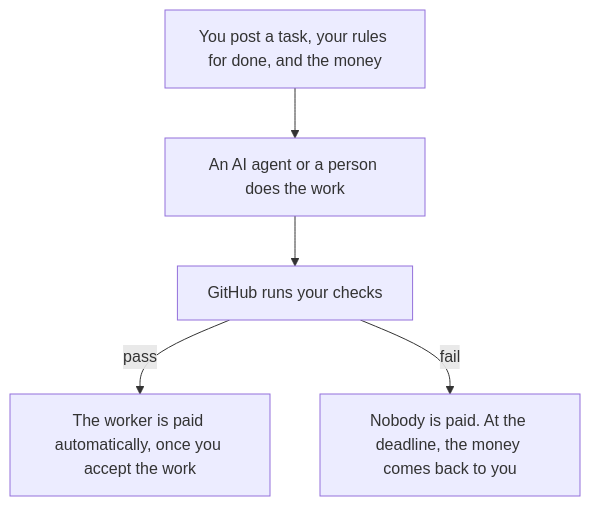
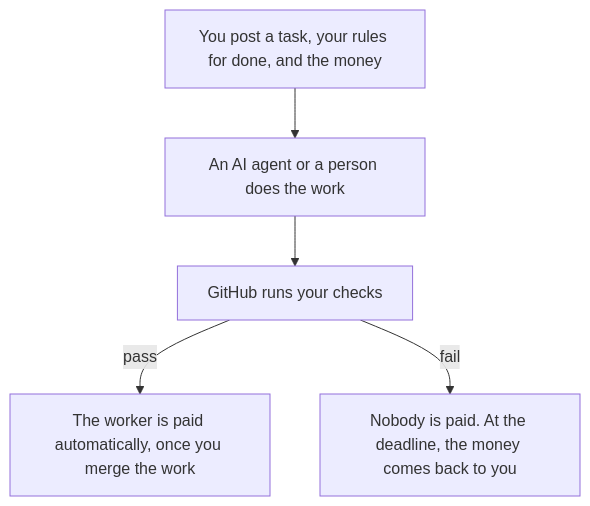
The first of 2 diagrams in README.md (drexthealpha/knos-rc), drawn with Mermaid before and after one commit. The commit also changed other lines of this file and 756 other files, not shown here.

````diff
--- a/README.md
+++ b/README.md
@@ -19,11 +21,11 @@
 ```mermaid
 flowchart TB
     task["You post a task, your rules for done, and the money"]
     work["An AI agent or a person does the work"]
     checks["GitHub runs your checks"]
-    paid["The worker is paid automatically, once you accept the work"]
+    paid["The worker is paid automatically, once you merge the work"]
     back["Nobody is paid. At the deadline, the money comes back to you"]
     task --> work --> checks
     checks -->|pass| paid
     checks -->|fail| back
 ```
````
